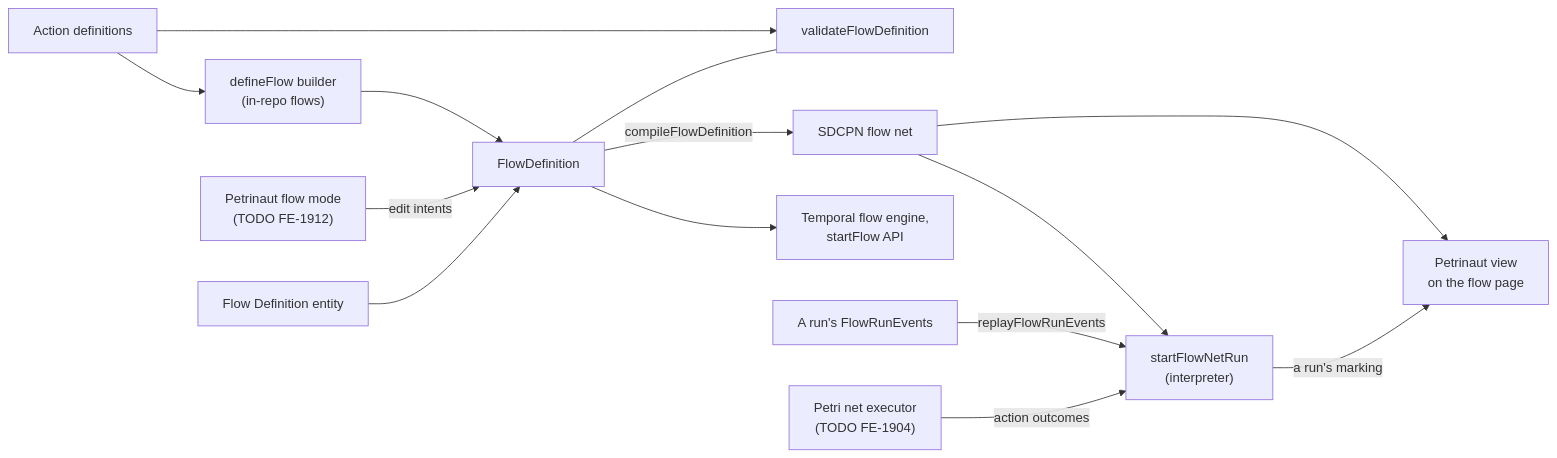
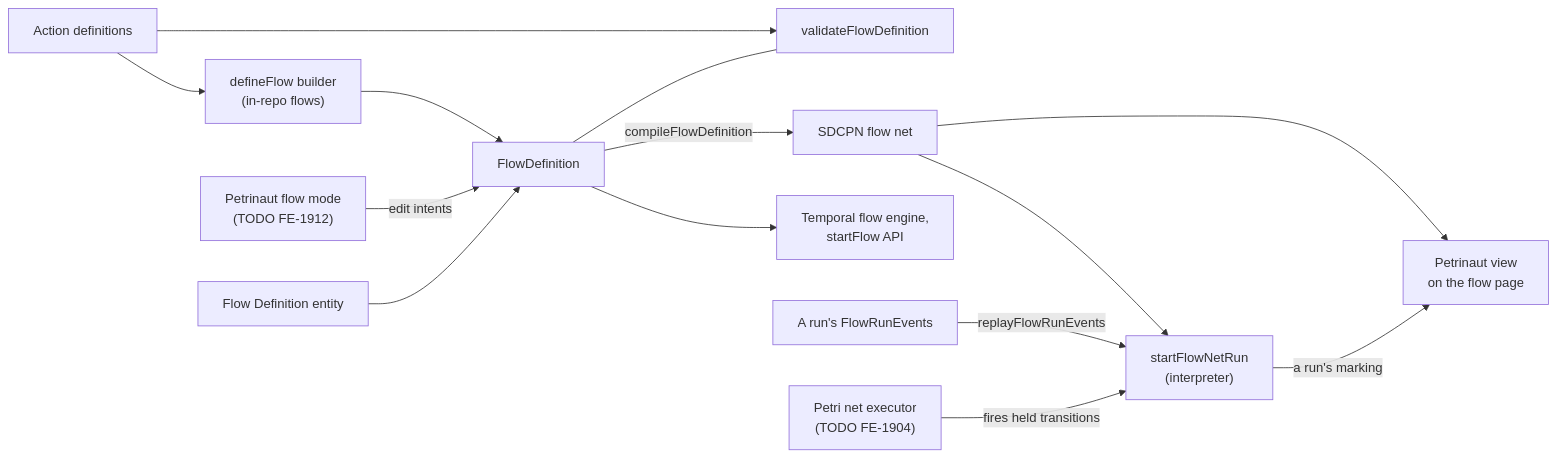
The first of 3 diagrams in libs/@local/flow-petri-net/README.md (hashintel/hash), drawn with Mermaid before and after one commit. The commit also changed other lines of this file, not shown here.

Commit message:
Describe the interpreter's held transitions in the README

````diff
--- a/libs/@local/flow-petri-net/README.md
+++ b/libs/@local/flow-petri-net/README.md
@@ -9,29 +9,29 @@
 ```mermaid
 flowchart LR
   actions["Action definitions"]
   builder["defineFlow builder<br/>(in-repo flows)"]
   flowMode["Petrinaut flow mode<br/>(TODO FE-1912)"]
   stored["Flow Definition entity"]
   definition["FlowDefinition"]
   validate["validateFlowDefinition"]
   net["SDCPN flow net"]
   engine["Temporal flow engine,<br/>startFlow API"]
   petrinaut["Petrinaut view<br/>on the flow page"]
   interpreter["startFlowNetRun<br/>(interpreter)"]
   events["A run's FlowRunEvents"]
   executor["Petri net executor<br/>(TODO FE-1904)"]
 
   actions --> builder
   actions --> validate
   builder --> definition
   flowMode -->|edit intents| definition
   stored --> definition
   definition --- validate
   definition --> engine
   definition -->|compileFlowDefinition| net
   net --> petrinaut
   net --> interpreter
   events -->|replayFlowRunEvents| interpreter
   interpreter -->|a run's marking| petrinaut
-  executor -->|action outcomes| interpreter
+  executor -->|fires held transitions| interpreter
 ```
````
